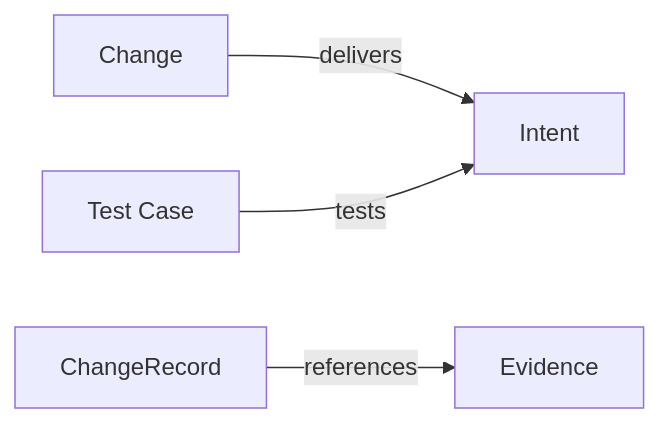
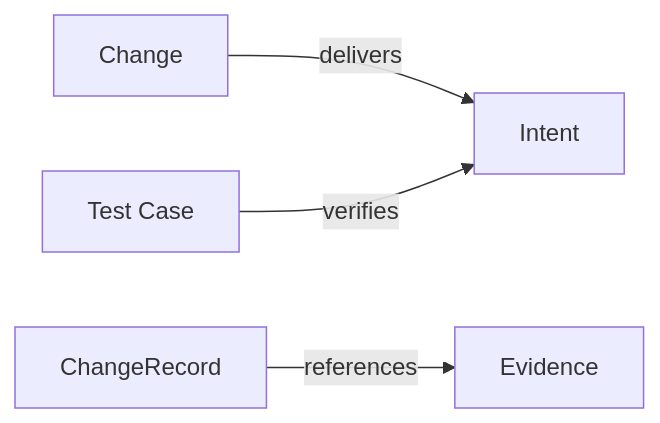
Before and after one commit to Kai-Hacks-AI/KAAL: the diagram in engineering/metamodel/views/default.md, drawn with Mermaid. The commit also changed other lines of this file and 6 other files, not shown here.

First line of the commit message:
DO: Source fulfills Test Case and Test Case verifies every verifiable object (release/C71)

````diff
--- a/engineering/metamodel/views/default.md
+++ b/engineering/metamodel/views/default.md
@@ -12,6 +12,6 @@
 ```mermaid
 flowchart LR
   Change -->|delivers| Intent
-  TestCase["Test Case"] -->|tests| Intent
+  TestCase["Test Case"] -->|verifies| Intent
   ChangeRecord -->|references| Evidence
 ```
````
